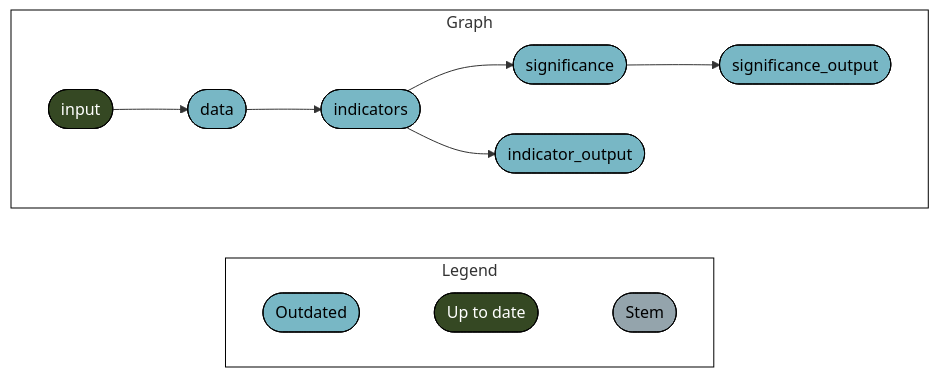
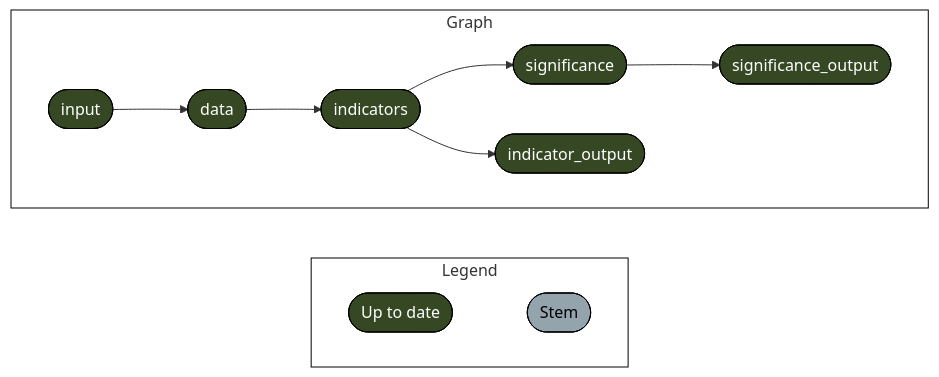
Before and after one commit to mapme-initiative/disclosure-report: the diagram in README.md, drawn with Mermaid.

Commit message:
render readme

````diff
--- a/README.md
+++ b/README.md
@@ -58,23 +58,20 @@
 ``` mermaid
 graph LR
   style Legend fill:#FFFFFF00,stroke:#000000;
   style Graph fill:#FFFFFF00,stroke:#000000;
   subgraph Legend
     direction LR
-    x2db1ec7a48f65a9b([""Outdated""]):::outdated --- xf1522833a4d242c5([""Up to date""]):::uptodate
     xf1522833a4d242c5([""Up to date""]):::uptodate --- xd03d7c7dd2ddda2b([""Stem""]):::none
   end
   subgraph Graph
     direction LR
-    xa538c4711b193115(["significance"]):::outdated --> x21a9e021e2a8eb5c(["significance_output"]):::outdated
-    x148bea66679381e8(["indicators"]):::outdated --> xa538c4711b193115(["significance"]):::outdated
-    x148bea66679381e8(["indicators"]):::outdated --> xd7196846cd1935c0(["indicator_output"]):::outdated
-    x9755545176a05140(["data"]):::outdated --> x148bea66679381e8(["indicators"]):::outdated
-    x2ee4157c3daee3b7(["input"]):::uptodate --> x9755545176a05140(["data"]):::outdated
+    xa538c4711b193115(["significance"]):::uptodate --> x21a9e021e2a8eb5c(["significance_output"]):::uptodate
+    x148bea66679381e8(["indicators"]):::uptodate --> xa538c4711b193115(["significance"]):::uptodate
+    x148bea66679381e8(["indicators"]):::uptodate --> xd7196846cd1935c0(["indicator_output"]):::uptodate
+    x9755545176a05140(["data"]):::uptodate --> x148bea66679381e8(["indicators"]):::uptodate
+    x2ee4157c3daee3b7(["input"]):::uptodate --> x9755545176a05140(["data"]):::uptodate
   end
-  classDef outdated stroke:#000000,color:#000000,fill:#78B7C5;
   classDef uptodate stroke:#000000,color:#ffffff,fill:#354823;
   classDef none stroke:#000000,color:#000000,fill:#94a4ac;
   linkStyle 0 stroke-width:0px;
-  linkStyle 1 stroke-width:0px;
 ```
````
